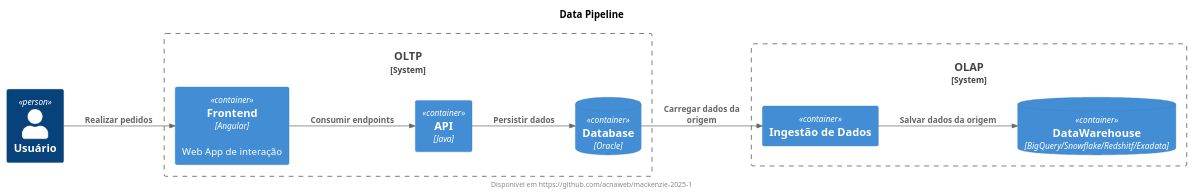
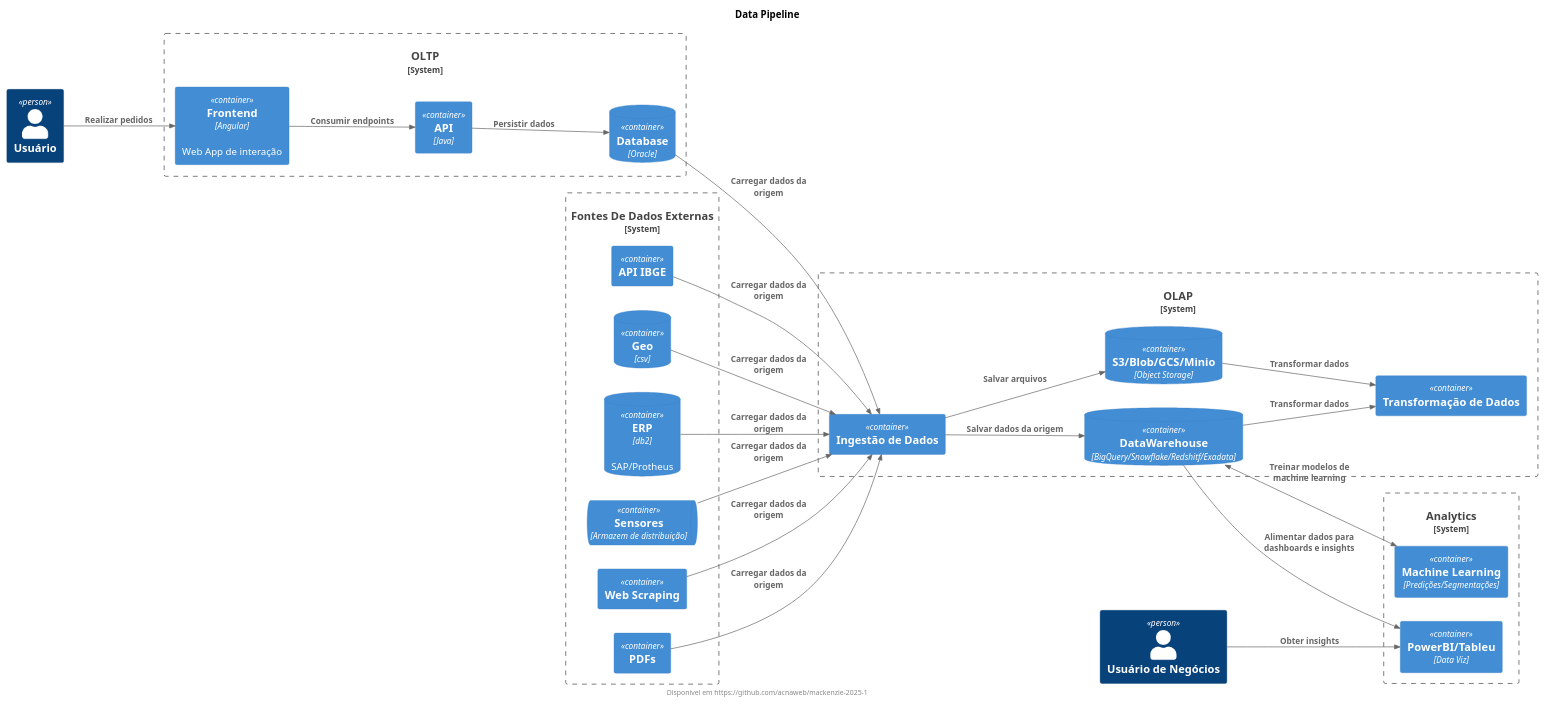
The diagram in diagrams/data_pipeline.puml (acnaweb/mackenzie-2025-1), drawn with PlantUML before and after one commit.

Commit message:
feat: add transformation

```diff
--- a/diagrams/data_pipeline.puml
+++ b/diagrams/data_pipeline.puml
@@ -1,29 +1,59 @@
 @startuml diagram
 title Data Pipeline
 footer Disponível em https://github.com/acnaweb/mackenzie-2025-1
 
 !include https://raw.githubusercontent.com/plantuml-stdlib/C4-PlantUML/master/C4_Context.puml
 !include https://raw.githubusercontent.com/plantuml-stdlib/C4-PlantUML/master/C4_Container.puml
 
 LAYOUT_LANDSCAPE()
 
 Person(user, "Usuário")
+Person(user_business, "Usuário de Negócios")
 
 System_Boundary(oltp, "OLTP"){
     Container(frontend, "Frontend", "Angular", "Web App de interação")
     Container(api, "API", "Java")
     ContainerDb(db, "Database", "Oracle")
 }
 
+System_Boundary(data_sources, "Fontes De Dados Externas"){
+    Container(ibge, "API IBGE")
+    ContainerDb(correio, "Geo", "csv")
+    ContainerDb(erp, "ERP", "db2", "SAP/Protheus")
+    ContainerQueue(iot, "Sensores", "Armazem de distribuição")
+    Container(scraping, "Web Scraping")
+    Container(pdf, "PDFs")
+}
 System_Boundary(olap, "OLAP"){
-    Container(job, "Ingestão de Dados")
+    Container(extraction, "Ingestão de Dados")
+    ContainerDb(object_storage, "S3/Blob/GCS/Minio", "Object Storage")
     ContainerDb(dw, "DataWarehouse", "BigQuery/Snowflake/Redshitf/Exadata")
-    Rel(job, dw, "Salvar dados da origem")
+    Container(transformation, "Transformação de Dados")
+
+    Rel(extraction, dw, "Salvar dados da origem")
+    Rel(extraction, object_storage, "Salvar arquivos")
+    Rel(dw, transformation, "Transformar dados")
+    Rel(object_storage, transformation, "Transformar dados")
+}
+
+System_Boundary(analytics, "Analytics"){
+    Container(dataviz, "PowerBI/Tableu", "Data Viz")
+    Container(ml, "Machine Learning", "Predições/Segmentações")
 }
 
 Rel(user, frontend, "Realizar pedidos")
+Rel(user_business, dataviz, "Obter insights")
+
 Rel(frontend, api, "Consumir endpoints")
 Rel(api, db, "Persistir dados")
-Rel(db, job, "Carregar dados da origem")
+Rel(db, extraction, "Carregar dados da origem")
+Rel(ibge, extraction, "Carregar dados da origem")
+Rel(correio, extraction, "Carregar dados da origem")
+Rel(erp, extraction, "Carregar dados da origem")
+Rel(iot, extraction, "Carregar dados da origem")
+Rel(scraping, extraction, "Carregar dados da origem")
+Rel(pdf, extraction, "Carregar dados da origem")
+Rel(dw, dataviz, "Alimentar dados para dashboards e insights")
+BiRel(dw, ml, "Treinar modelos de machine learning")
 
 @enduml
```
